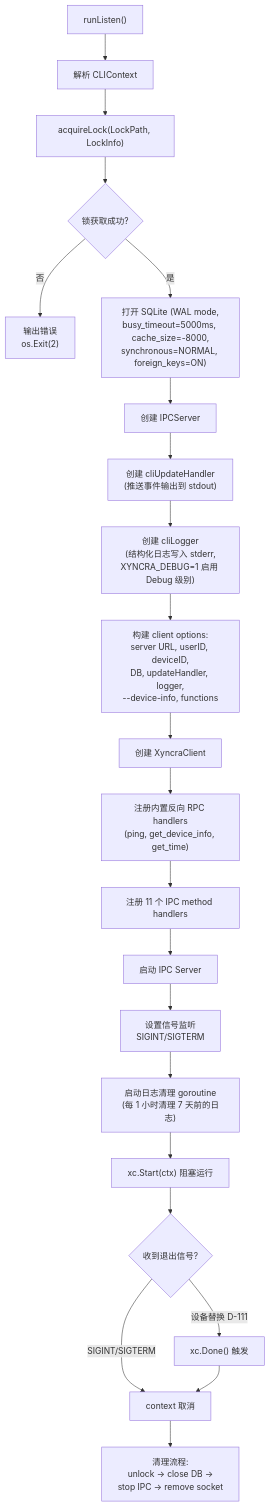
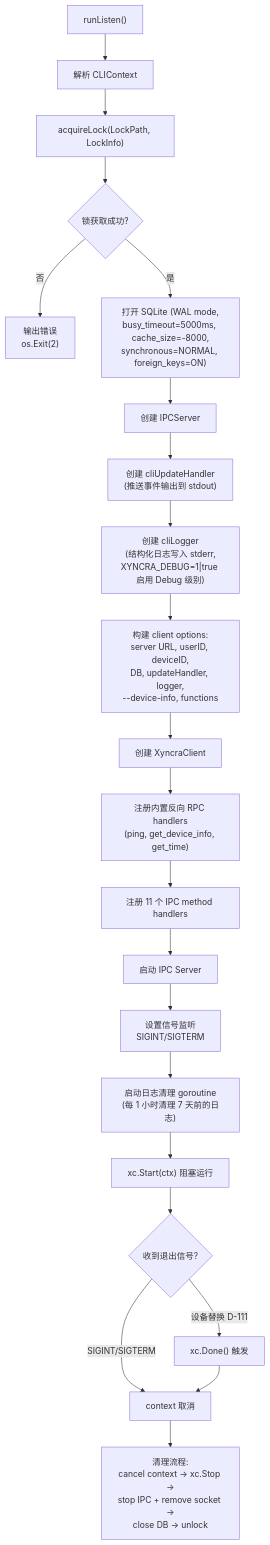
The third of 16 diagrams in wiki/flows/cli-ipc.md (PineappleBond/xyncra-server), drawn with Mermaid before and after one commit. The commit also changed 22 other files, not shown here.

````diff
--- a/wiki/flows/cli-ipc.md
+++ b/wiki/flows/cli-ipc.md
@@ -177,24 +177,24 @@
 ```mermaid
 flowchart TD
     A["runListen()"] --> B["解析 CLIContext"]
     B --> C["acquireLock(LockPath, LockInfo)"]
     C --> D{"锁获取成功?"}
     D -->|否| E["输出错误<br>os.Exit(2)"]
     D -->|是| F["打开 SQLite (WAL mode,<br>busy_timeout=5000ms, cache_size=-8000,<br>synchronous=NORMAL, foreign_keys=ON)"]
     F --> G["创建 IPCServer"]
     G --> H["创建 cliUpdateHandler<br>(推送事件输出到 stdout)"]
-    H --> I["创建 cliLogger<br>(结构化日志写入 stderr,<br>XYNCRA_DEBUG=1 启用 Debug 级别)"]
+    H --> I["创建 cliLogger<br>(结构化日志写入 stderr,<br>XYNCRA_DEBUG=1|true 启用 Debug 级别)"]
     I --> J["构建 client options:<br>server URL, userID, deviceID,<br>DB, updateHandler, logger,<br>--device-info, functions"]
     J --> K["创建 XyncraClient"]
     K --> L["注册内置反向 RPC handlers<br>(ping, get_device_info, get_time)"]
     L --> M["注册 11 个 IPC method handlers"]
     M --> N["启动 IPC Server"]
     N --> O["设置信号监听<br>SIGINT/SIGTERM"]
     O --> P["启动日志清理 goroutine<br>(每 1 小时清理 7 天前的日志)"]
     P --> Q["xc.Start(ctx) 阻塞运行"]
     Q --> R{"收到退出信号?"}
     R -->|SIGINT/SIGTERM| S["context 取消"]
     R -->|设备替换 D-111| T["xc.Done() 触发"]
     T --> S
-    S --> U["清理流程:<br>unlock → close DB →<br>stop IPC → remove socket"]
+    S --> U["清理流程:<br>cancel context → xc.Stop →<br>stop IPC + remove socket →<br>close DB → unlock"]
 ```
````
